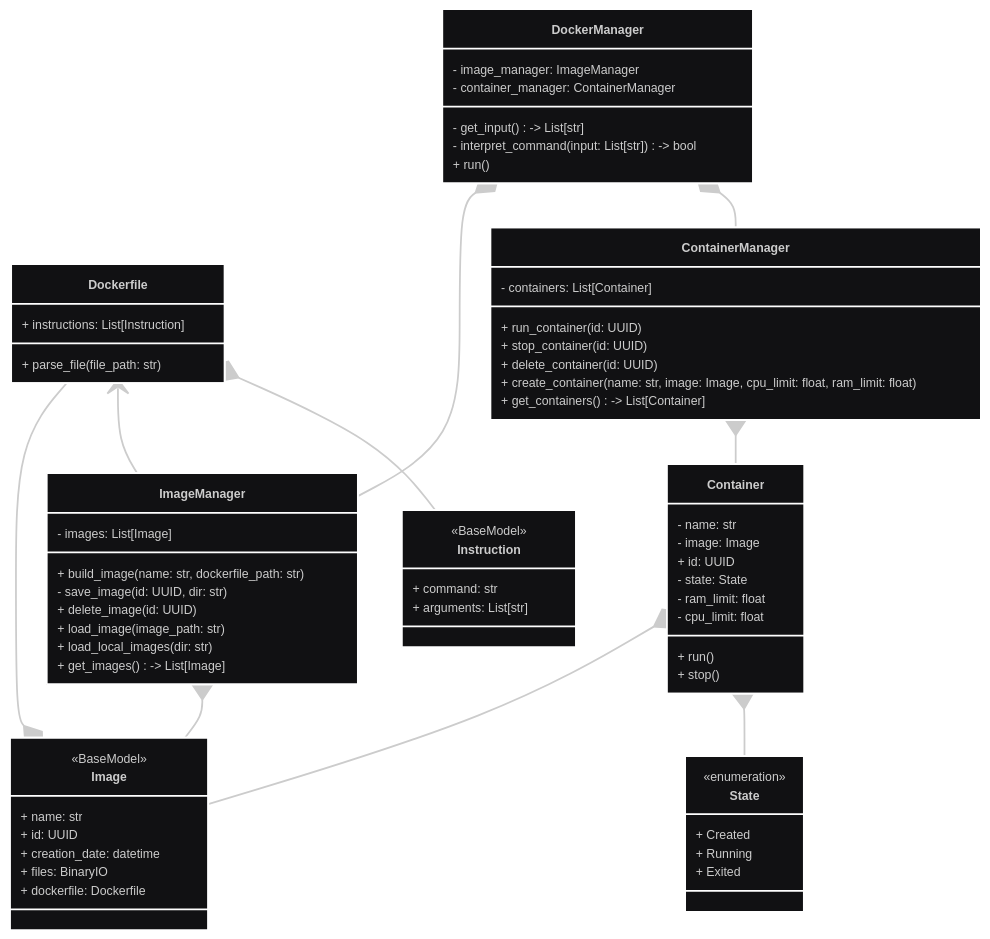
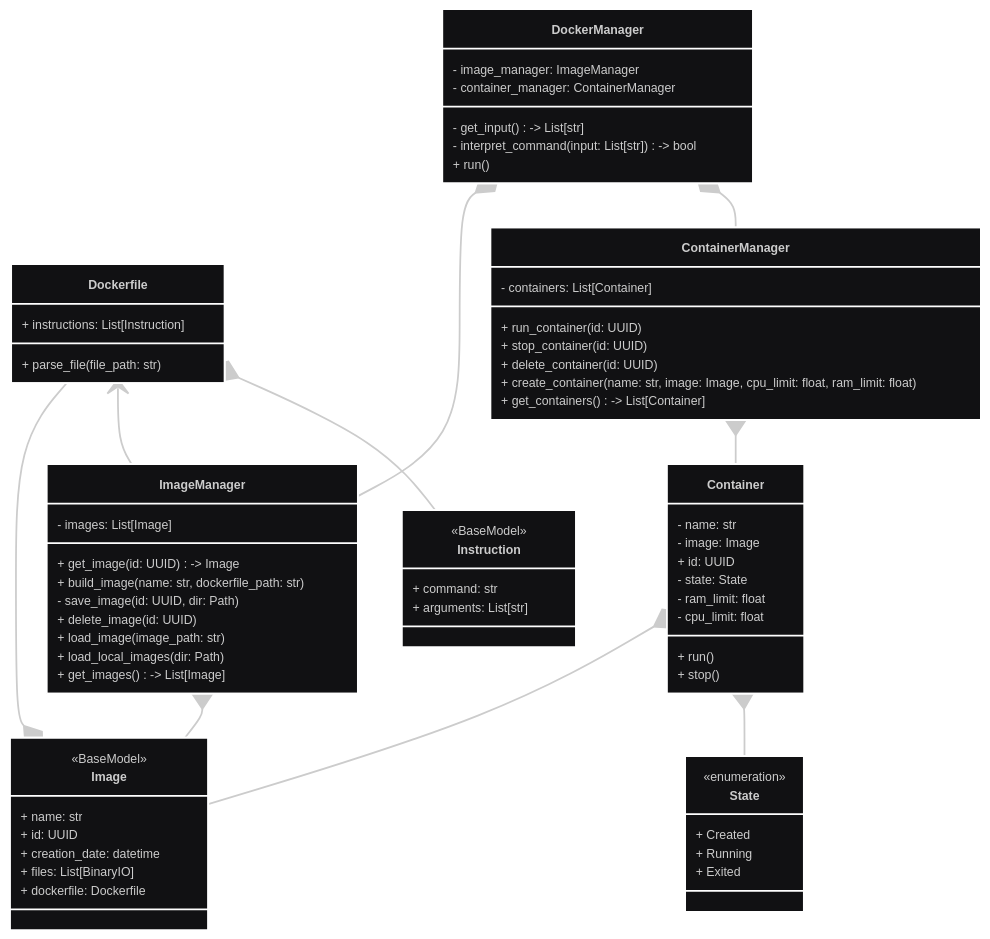
Before and after one commit to alonshuld/docker_poc: the diagram in UML.mmd, drawn with Mermaid.

Commit message:
Updated UML based on implementation

```diff
--- a/UML.mmd
+++ b/UML.mmd
@@ -1,73 +1,74 @@
 ---
 config:
   theme: redux-dark
 ---
 classDiagram
 direction TB
     class Instruction {
 		<<BaseModel>>
 	    + command: str
 	    + arguments: List[str]
     }
     class Dockerfile {
 	    + instructions: List[Instruction]
 	    + parse_file(file_path: str)
     }
     class Image {
 		<<BaseModel>>
 	    + name: str
 	    + id: UUID
 	    + creation_date: datetime
-	    + files: BinaryIO
+	    + files: List[BinaryIO]
 		+ dockerfile: Dockerfile
     }
     class ImageManager {
 	    - images: List[Image]
+		+ get_image(id: UUID) -> Image
 	    + build_image(name: str, dockerfile_path: str)
-		- save_image(id: UUID, dir: str)
+		- save_image(id: UUID, dir: Path)
 	    + delete_image(id: UUID)
 	    + load_image(image_path: str)
-	    + load_local_images(dir: str)
+	    + load_local_images(dir: Path)
 	    + get_images() -> List[Image]
     }
     class Container {
 	    - name: str
 	    - image: Image
 	    + id: UUID
 	    - state: State
 		- ram_limit: float
 		- cpu_limit: float
 	    + run()
 	    + stop()
     }
     class State {
 		<<enumeration>>
 	    + Created
 	    + Running
 	    + Exited
     }
     class ContainerManager {
 	    - containers: List[Container]
 	    + run_container(id: UUID)
 	    + stop_container(id: UUID)
 	    + delete_container(id: UUID)
 	    + create_container(name: str, image: Image, cpu_limit: float, ram_limit: float)
 	    + get_containers() -> List[Container]
     }
     class DockerManager {
 	    - image_manager: ImageManager
 	    - container_manager: ContainerManager
 	    - get_input() -> List[str]
 	    - interpret_command(input: List[str]) -> bool
 	    + run()
     }
   
     ImageManager *-- Image
     Dockerfile *-- Instruction
     Container *-- State
     Dockerfile <-- ImageManager
 	Image *-- Dockerfile
     Container *-- Image
     ContainerManager *-- Container
     DockerManager *-- ContainerManager
     DockerManager *-- ImageManager
```
